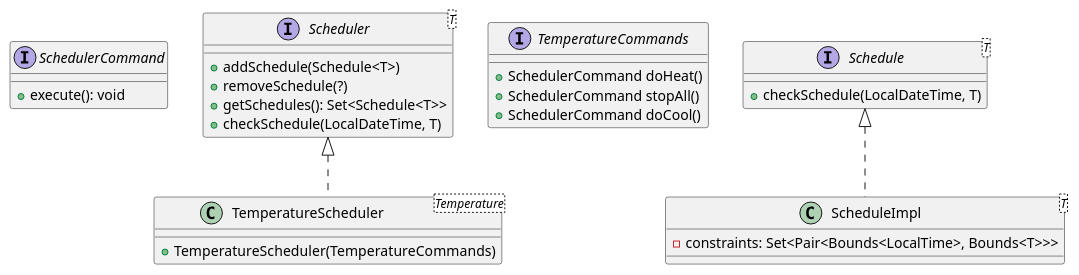
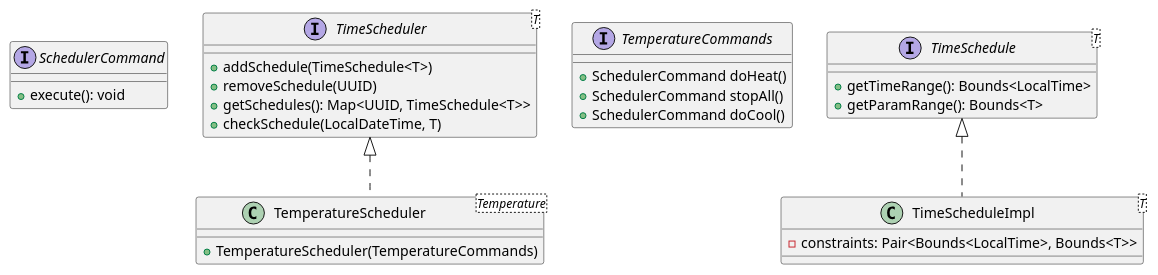
Before and after one commit to progetto-oop-22-23/OOP-report: the diagram in uml/magnani/scheduler.plantuml, drawn with PlantUML.

Commit message:
[uml] update scheduler

```diff
--- a/uml/magnani/scheduler.plantuml
+++ b/uml/magnani/scheduler.plantuml
@@ -1,33 +1,33 @@
 @startuml scheduler
 
 interface SchedulerCommand {
 	+ execute(): void
 }
 
-interface Scheduler<T> {
-	+ addSchedule(Schedule<T>)
-	+ removeSchedule(?)
-	+ getSchedules(): Set<Schedule<T>>
+interface TimeScheduler<T> {
+	+ addSchedule(TimeSchedule<T>)
+	+ removeSchedule(UUID)
+	+ getSchedules(): Map<UUID, TimeSchedule<T>>
 	+ checkSchedule(LocalDateTime, T)
 }
 
 interface TemperatureCommands {
 	+ SchedulerCommand doHeat()
 	+ SchedulerCommand stopAll()
 	+ SchedulerCommand doCool()
 }
 
-class TemperatureScheduler<Temperature> implements Scheduler {
+class TemperatureScheduler<Temperature> implements TimeScheduler {
 	+ TemperatureScheduler(TemperatureCommands)
 }
 
-interface Schedule<T> {
-	+ checkSchedule(LocalDateTime, T)
+interface TimeSchedule<T> {
+	+ getTimeRange(): Bounds<LocalTime>
+	+ getParamRange(): Bounds<T>
 }
 
-class ScheduleImpl<T> implements Schedule {
-	' - constraints: Set<Pair<Predicate<LocalTime>, Bounds<T>>>
-	- constraints: Set<Pair<Bounds<LocalTime>, Bounds<T>>>
+class TimeScheduleImpl<T> implements TimeSchedule {
+	- constraints: Pair<Bounds<LocalTime>, Bounds<T>>
 }
 
 @enduml
```
